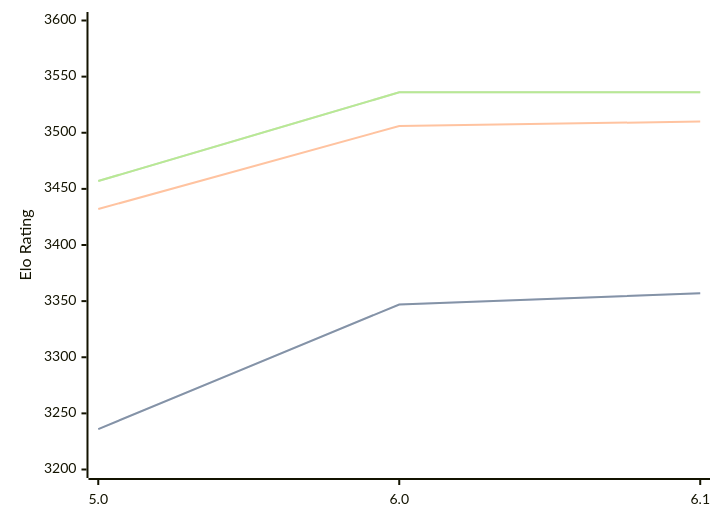
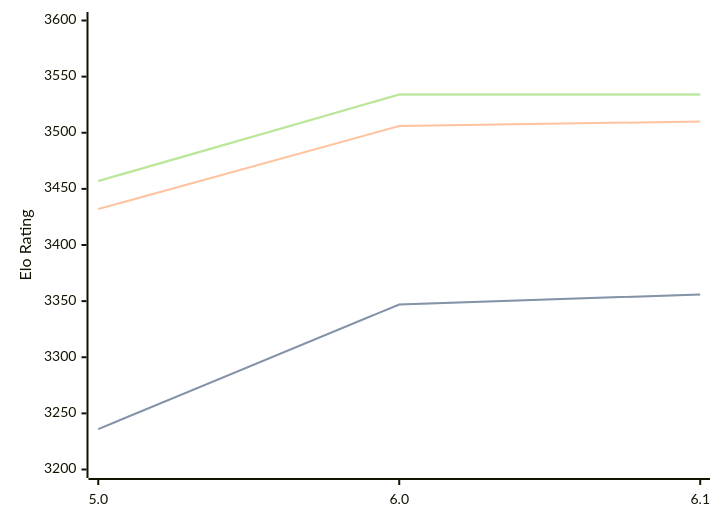
Before and after one commit to computer-chess-index/cci: the diagram in engines/Starzix.md, drawn with Mermaid. The commit also changed other lines of this file, not shown here.

Commit message:
Update CCI Ratings (ELO VLTC) - 2026-03-24

````diff
--- a/engines/Starzix.md
+++ b/engines/Starzix.md
@@ -37,11 +37,11 @@
 ```mermaid
 %%{init: {"theme":"base","themeVariables":{"seriesColors:['#a3a3a3','#222221','#faa371']}}}%%
 xychart-beta
   x-axis ["5.0", "6.0", "6.1"]
   y-axis "Elo Rating" 3200 --> 3600
-  line "STC (8.0+0.08s)" [3236, 3347, 3357]
-  line "STC (8.0+0.08s)" [3236, 3347, 3357]
+  line "STC (8.0+0.08s)" [3236, 3347, 3356]
+  line "STC (8.0+0.08s)" [3236, 3347, 3356]
   line "LTC (60.0+0.60s)" [3432, 3506, 3510]
-  line "VLTC (2m24s+1.12s)" [3457, 3536, 3536]
-  line "VLTC (2m24s+1.12s)" [3457, 3536, 3536]
+  line "VLTC (2m24s+1.12s)" [3457, 3534, 3534]
+  line "VLTC (2m24s+1.12s)" [3457, 3534, 3534]
 ```
````
